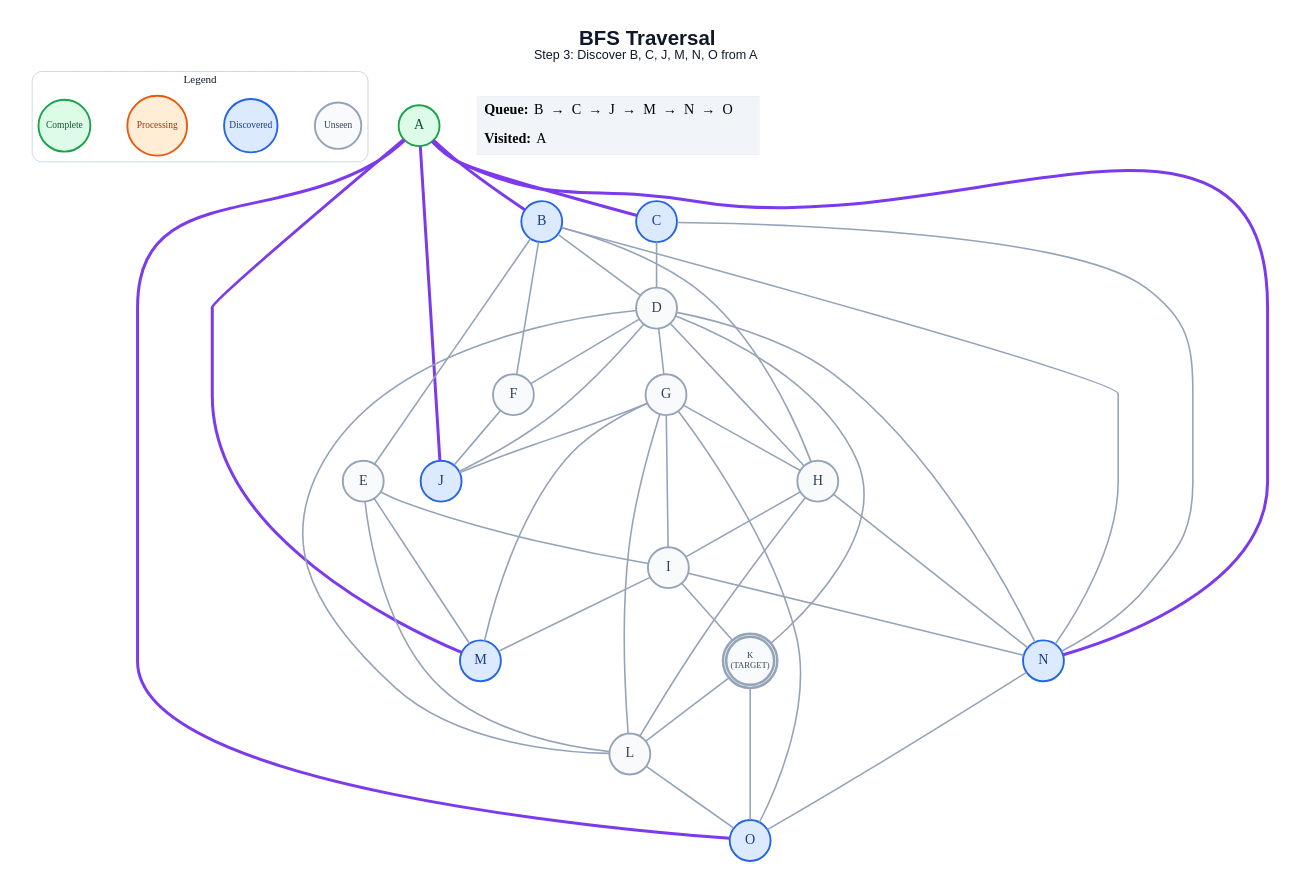
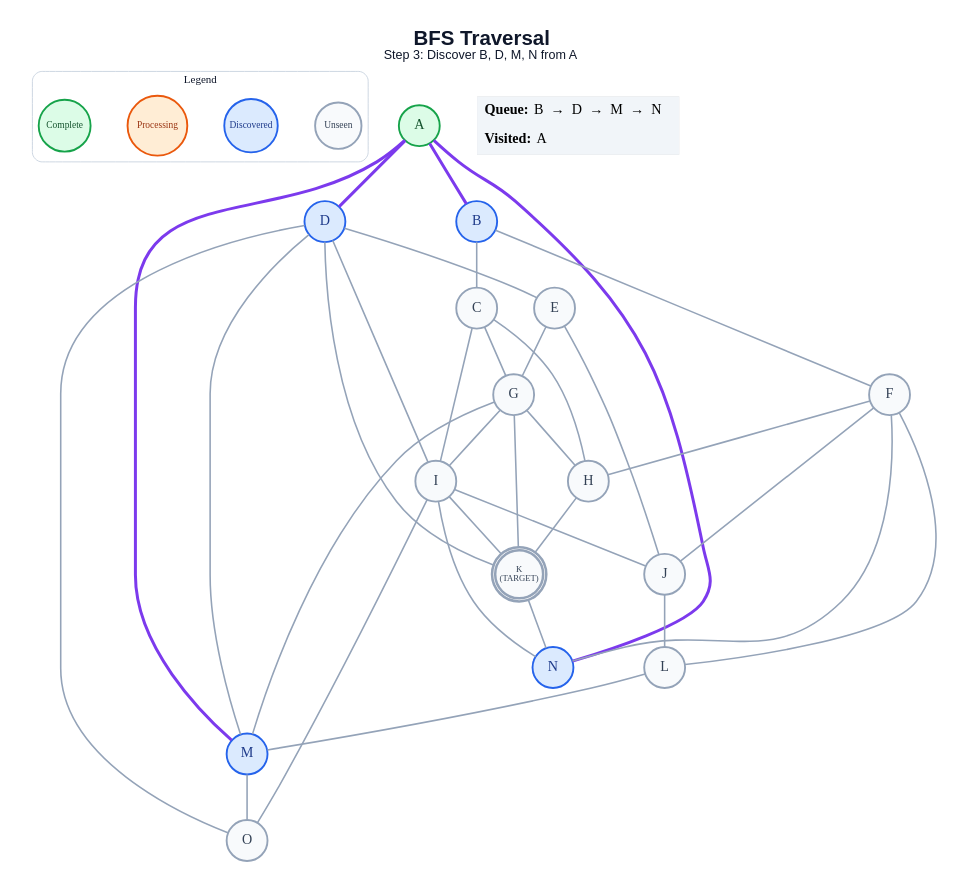
One commit to anon7238593-create/ai-slop changed the diagram in generated/bfs/step_03.dot. Above: the diagram before and after it, drawn with Graphviz. The commit also changed 251 other files, not shown here.

```diff
--- a/generated/bfs/step_03.dot
+++ b/generated/bfs/step_03.dot
@@ -1,74 +1,67 @@
 graph traversal {
   graph [layout=dot, rankdir=TB, bgcolor="#FFFFFF", pad="0.35", nodesep="0.65", ranksep="0.8", fontname="Arial"];
   node [shape=circle, style="filled", fontname="Arial Bold", fontsize=18, width=0.72, fixedsize=true, penwidth=2.4];
   edge [color="#94A3B8", penwidth=2.0];
-  label=<<B>BFS Traversal</B><BR/><FONT POINT-SIZE="16">Step 3: Discover B, C, J, M, N, O from A</FONT>>; labelloc="t"; fontsize=26; fontname="Arial"; fontcolor="#0F172A";
+  label=<<B>BFS Traversal</B><BR/><FONT POINT-SIZE="16">Step 3: Discover B, D, M, N from A</FONT>>; labelloc="t"; fontsize=26; fontname="Arial"; fontcolor="#0F172A";
   subgraph cluster_legend { label="Legend"; color="#CBD5E1"; penwidth=1.2; style="rounded"; fontsize=14; fontname="Arial Bold";
     key_unseen [label="Unseen", fillcolor="#F8FAFC", color="#94A3B8", fontcolor="#334155", fontsize=12, width=0.82];
     key_frontier [label="Discovered", fillcolor="#DBEAFE", color="#2563EB", fontcolor="#1E3A8A", fontsize=12, width=0.95];
     key_current [label="Processing", fillcolor="#FFEDD5", color="#EA580C", fontcolor="#9A3412", fontsize=12, width=1.05];
     key_done [label="Complete", fillcolor="#DCFCE7", color="#16A34A", fontcolor="#14532D", fontsize=12, width=0.92];
     { rank=same; key_unseen; key_frontier; key_current; key_done; }
   }
   A [label="A", fillcolor="#DCFCE7", color="#16A34A", fontcolor="#14532D", peripheries=1, penwidth=2.4];
   B [label="B", fillcolor="#DBEAFE", color="#2563EB", fontcolor="#1E3A8A", peripheries=1, penwidth=2.4];
-  C [label="C", fillcolor="#DBEAFE", color="#2563EB", fontcolor="#1E3A8A", peripheries=1, penwidth=2.4];
-  D [label="D", fillcolor="#F8FAFC", color="#94A3B8", fontcolor="#334155", peripheries=1, penwidth=2.4];
+  C [label="C", fillcolor="#F8FAFC", color="#94A3B8", fontcolor="#334155", peripheries=1, penwidth=2.4];
+  D [label="D", fillcolor="#DBEAFE", color="#2563EB", fontcolor="#1E3A8A", peripheries=1, penwidth=2.4];
   E [label="E", fillcolor="#F8FAFC", color="#94A3B8", fontcolor="#334155", peripheries=1, penwidth=2.4];
   F [label="F", fillcolor="#F8FAFC", color="#94A3B8", fontcolor="#334155", peripheries=1, penwidth=2.4];
   G [label="G", fillcolor="#F8FAFC", color="#94A3B8", fontcolor="#334155", peripheries=1, penwidth=2.4];
   H [label="H", fillcolor="#F8FAFC", color="#94A3B8", fontcolor="#334155", peripheries=1, penwidth=2.4];
   I [label="I", fillcolor="#F8FAFC", color="#94A3B8", fontcolor="#334155", peripheries=1, penwidth=2.4];
-  J [label="J", fillcolor="#DBEAFE", color="#2563EB", fontcolor="#1E3A8A", peripheries=1, penwidth=2.4];
+  J [label="J", fillcolor="#F8FAFC", color="#94A3B8", fontcolor="#334155", peripheries=1, penwidth=2.4];
   K [label="K\n(TARGET)", fillcolor="#F8FAFC", color="#94A3B8", fontcolor="#334155", peripheries=2, penwidth=3.2, fontsize=11, width=0.85, height=0.85];
   L [label="L", fillcolor="#F8FAFC", color="#94A3B8", fontcolor="#334155", peripheries=1, penwidth=2.4];
   M [label="M", fillcolor="#DBEAFE", color="#2563EB", fontcolor="#1E3A8A", peripheries=1, penwidth=2.4];
   N [label="N", fillcolor="#DBEAFE", color="#2563EB", fontcolor="#1E3A8A", peripheries=1, penwidth=2.4];
-  O [label="O", fillcolor="#DBEAFE", color="#2563EB", fontcolor="#1E3A8A", peripheries=1, penwidth=2.4];
+  O [label="O", fillcolor="#F8FAFC", color="#94A3B8", fontcolor="#334155", peripheries=1, penwidth=2.4];
   A -- B [color="#7C3AED", penwidth=3.8];
-  A -- C [color="#7C3AED", penwidth=3.8];
-  A -- J [color="#7C3AED", penwidth=3.8];
+  A -- D [color="#7C3AED", penwidth=3.8];
   A -- M [color="#7C3AED", penwidth=3.8];
   A -- N [color="#7C3AED", penwidth=3.8];
-  A -- O [color="#7C3AED", penwidth=3.8];
-  B -- D;
-  B -- E;
+  B -- C;
   B -- F;
-  B -- H;
-  B -- N;
-  C -- D;
-  C -- N;
-  D -- F;
-  D -- G;
-  D -- H;
-  D -- J;
+  C -- G;
+  C -- H;
+  C -- I;
+  D -- E;
+  D -- I;
   D -- K;
-  D -- L;
-  D -- N;
-  E -- I;
-  E -- L;
-  E -- M;
+  D -- M;
+  D -- O;
+  E -- G;
+  E -- J;
+  F -- H;
   F -- J;
+  F -- L;
+  F -- N;
   G -- H;
   G -- I;
-  G -- J;
-  G -- L;
+  G -- K;
   G -- M;
-  G -- O;
-  H -- I;
-  H -- L;
-  H -- N;
+  H -- K;
+  I -- J;
   I -- K;
-  I -- M;
   I -- N;
-  K -- L;
-  K -- O;
-  L -- O;
-  N -- O;
+  I -- O;
+  J -- L;
+  K -- N;
+  L -- M;
+  M -- O;
   status [shape=plain, fixedsize=false, width=0, height=0, margin=0, label=<
     <TABLE BORDER="0" CELLBORDER="0" CELLPADDING="7" BGCOLOR="#F1F5F9">
-      <TR><TD ALIGN="LEFT"><B>Queue:</B> B  →  C  →  J  →  M  →  N  →  O</TD></TR>
+      <TR><TD ALIGN="LEFT"><B>Queue:</B> B  →  D  →  M  →  N</TD></TR>
       <TR><TD ALIGN="LEFT"><B>Visited:</B> A</TD></TR>
     </TABLE>
   >];
 }
```
